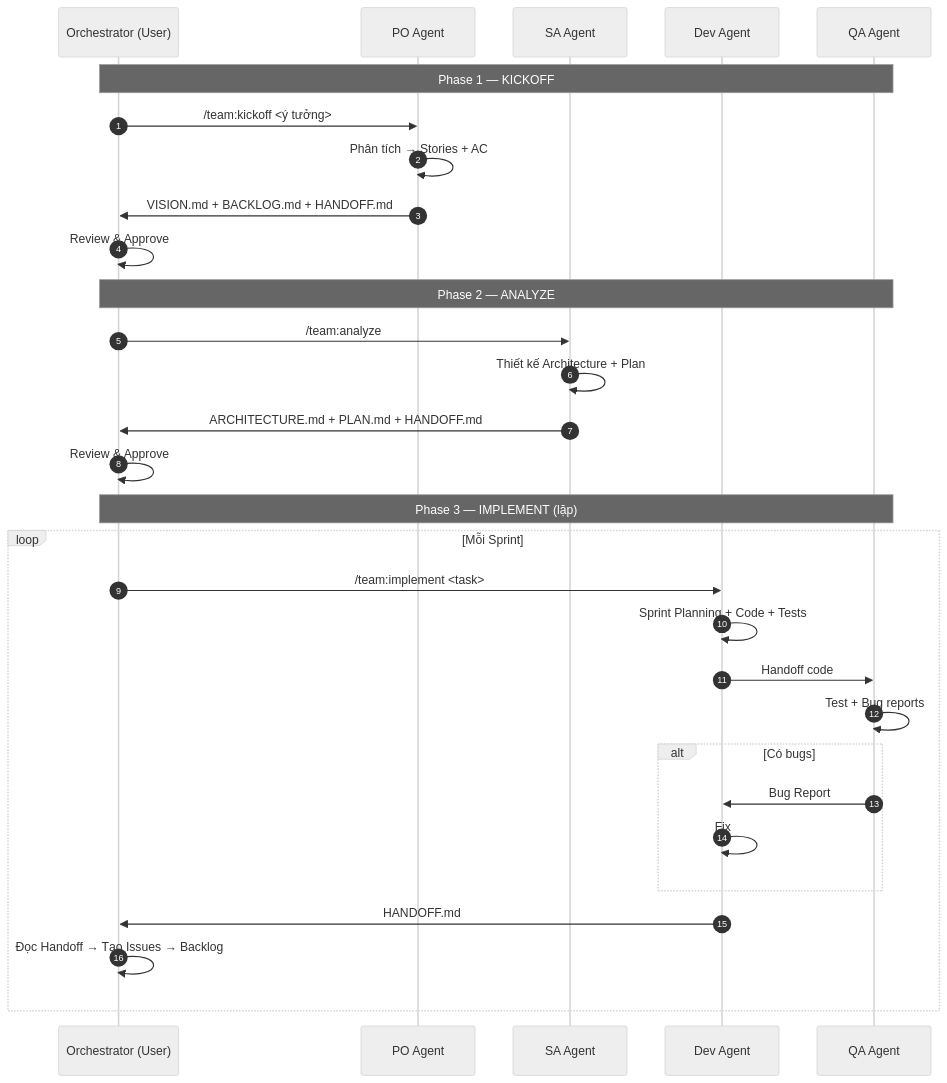
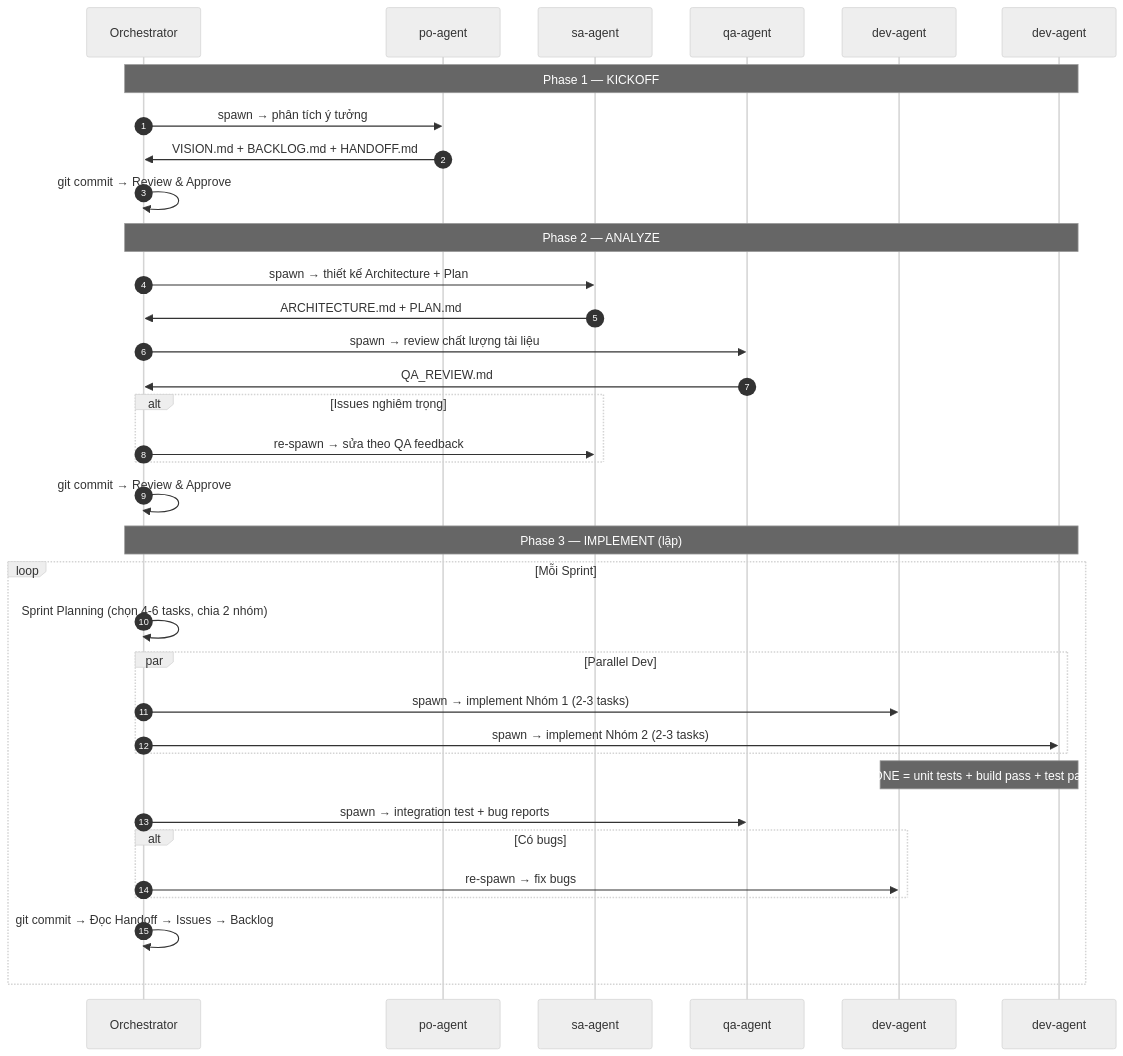
Before and after one commit to duyhunghd6/geminicli-subagent02: the second of 2 diagrams in docs/SCRUM-SUBAGENTS.md, drawn with Mermaid (neutral theme). The commit also changed other lines of this file and 34 other files, not shown here.

Commit message:
phase3(sprint): Refined LOB Managers, Implemented Snapshot & Comparison Engines (BI-004, BI-005) — tests passed

````diff
--- a/docs/SCRUM-SUBAGENTS.md
+++ b/docs/SCRUM-SUBAGENTS.md
@@ -120,35 +44,40 @@
 ```mermaid
 sequenceDiagram
     autonumber
-    participant O as Orchestrator (User)
-    participant PO as PO Agent
-    participant SA as SA Agent
-    participant Dev as Dev Agent
-    participant QA as QA Agent
+    participant O as Orchestrator
+    participant PO as po-agent
+    participant SA as sa-agent
+    participant QA as qa-agent
+    participant D1 as dev-agent #1
+    participant D2 as dev-agent #2
 
-    Note over O, QA: Phase 1 — KICKOFF
-    O->>PO: /team:kickoff <ý tưởng>
-    PO->>PO: Phân tích → Stories + AC
+    Note over O,D2: Phase 1 — KICKOFF
+    O->>PO: spawn → phân tích ý tưởng
     PO->>O: VISION.md + BACKLOG.md + HANDOFF.md
-    O->>O: Review & Approve
+    O->>O: git commit → Review & Approve
 
-    Note over O, QA: Phase 2 — ANALYZE
-    O->>SA: /team:analyze
-    SA->>SA: Thiết kế Architecture + Plan
-    SA->>O: ARCHITECTURE.md + PLAN.md + HANDOFF.md
-    O->>O: Review & Approve
+    Note over O,D2: Phase 2 — ANALYZE
+    O->>SA: spawn → thiết kế Architecture + Plan
+    SA->>O: ARCHITECTURE.md + PLAN.md
+    O->>QA: spawn → review chất lượng tài liệu
+    QA->>O: QA_REVIEW.md
+    alt Issues nghiêm trọng
+        O->>SA: re-spawn → sửa theo QA feedback
+    end
+    O->>O: git commit → Review & Approve
 
-    Note over O, QA: Phase 3 — IMPLEMENT (lặp)
+    Note over O,D2: Phase 3 — IMPLEMENT (lặp)
     loop Mỗi Sprint
-        O->>Dev: /team:implement <task>
-        Dev->>Dev: Sprint Planning + Code + Tests
-        Dev->>QA: Handoff code
-        QA->>QA: Test + Bug reports
+        O->>O: Sprint Planning (chọn 4-6 tasks, chia 2 nhóm)
+        par Parallel Dev
+            O->>D1: spawn → implement Nhóm 1 (2-3 tasks)
+            O->>D2: spawn → implement Nhóm 2 (2-3 tasks)
+        end
+        Note over D1,D2: DONE = unit tests + build pass + test pass
+        O->>QA: spawn → integration test + bug reports
         alt Có bugs
-            QA->>Dev: Bug Report
-            Dev->>Dev: Fix
+            O->>D1: re-spawn → fix bugs
         end
-        Dev->>O: HANDOFF.md
-        O->>O: Đọc Handoff → Tạo Issues → Backlog
+        O->>O: git commit → Đọc Handoff → Issues → Backlog
     end
 ```
````
